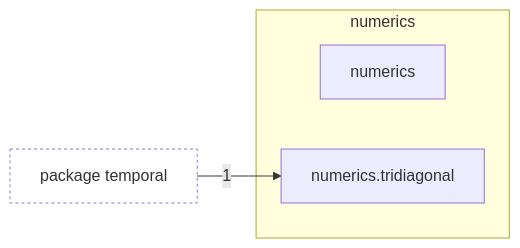
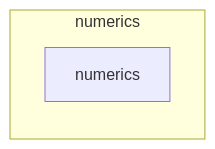
Before and after one commit to AlexandreEros/Palintropos: the diagram in docs/architecture/current/packages/tropoi.numerics.md, drawn with Mermaid. The commit also changed other lines of this file and 26 other files, not shown here.

````diff
--- a/docs/architecture/current/packages/tropoi.numerics.md
+++ b/docs/architecture/current/packages/tropoi.numerics.md
@@ -18,13 +17,9 @@
 ```mermaid
 %% Generated by tools.architecture 2.3.0. Do not edit by hand.
 %% Modules of tropoi.numerics with imports in and out
 flowchart LR
     subgraph g_tropoi_onumerics["numerics"]
         n_tropoi_onumerics["numerics"]
-        n_tropoi_onumerics_otridiagonal["numerics.tridiagonal"]
     end
-    p_tropoi_otemporal["package temporal"]
-    p_tropoi_otemporal -->|1| n_tropoi_onumerics_otridiagonal
     classDef other fill:none,stroke-dasharray:3 3
-    class p_tropoi_otemporal other
 ```
````
